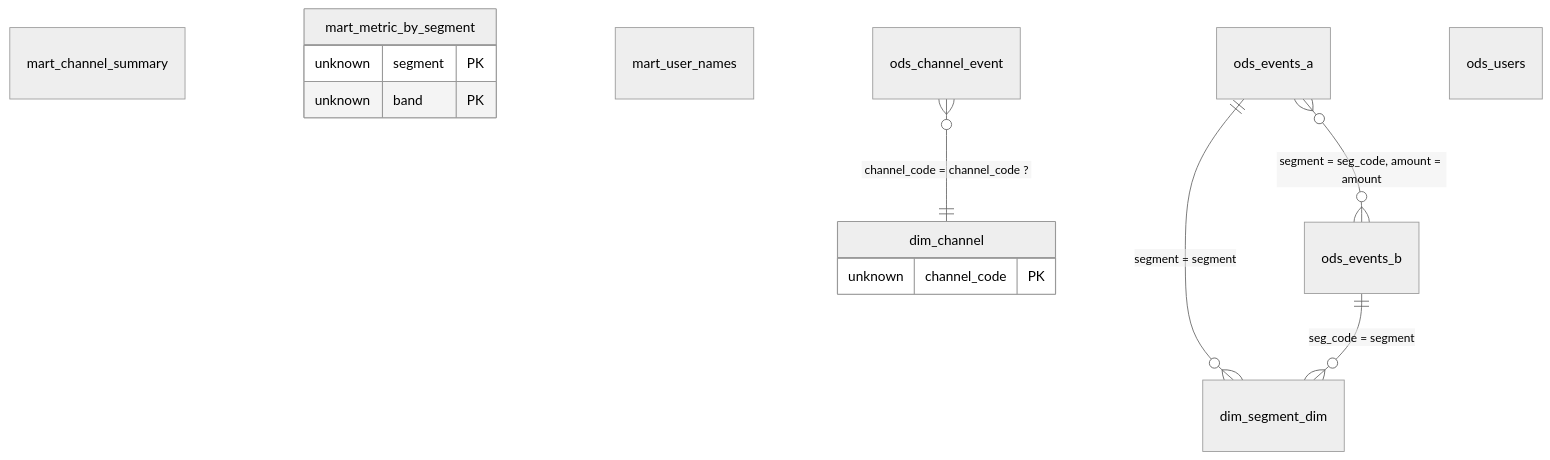
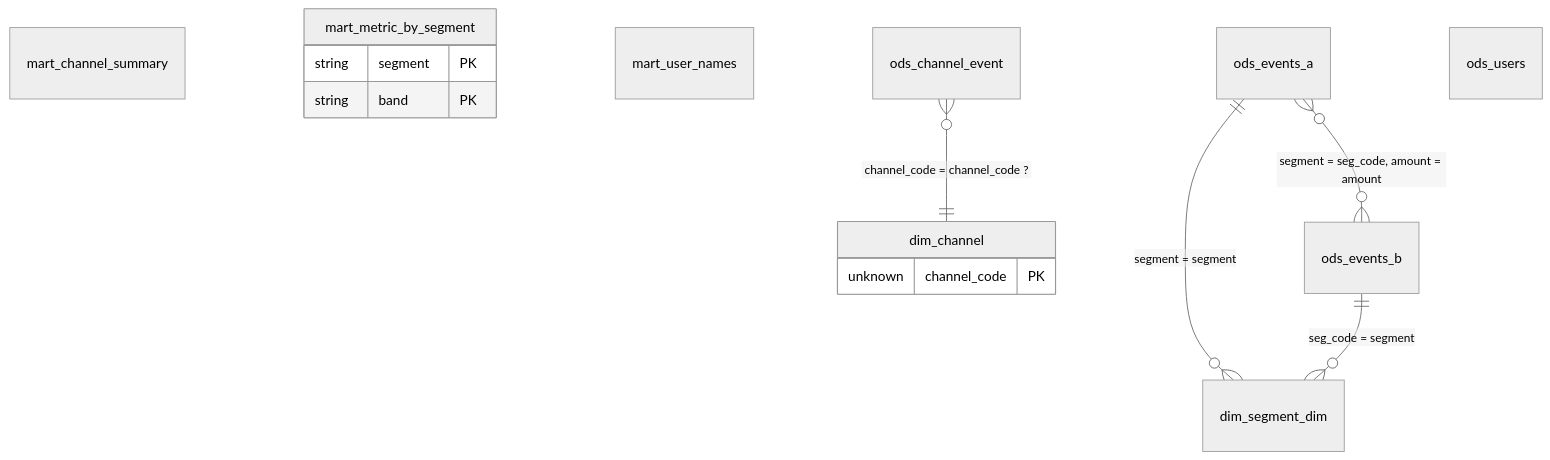
The diagram in tests/core/fixtures/ontology/ontology.md (realyin/scope-lineage), drawn with Mermaid (neutral theme) before and after one commit. The commit also changed other lines of this file and 81 other files, not shown here.

````diff
--- a/tests/core/fixtures/ontology/ontology.md
+++ b/tests/core/fixtures/ontology/ontology.md
@@ -16,21 +16,21 @@
 ```mermaid
 erDiagram
     dim_channel {
         unknown channel_code PK
     }
     dim_segment_dim
     mart_channel_summary
     mart_metric_by_segment {
-        unknown segment PK
-        unknown band PK
+        string segment PK
+        string band PK
     }
     mart_user_names
     ods_channel_event
     ods_events_a
     ods_events_b
     ods_users
     ods_channel_event }o--|| dim_channel : "channel_code = channel_code ?"
     ods_events_a ||--o{ dim_segment_dim : "segment = segment"
     ods_events_a }o--o{ ods_events_b : "segment = seg_code, amount = amount"
     ods_events_b ||--o{ dim_segment_dim : "seg_code = segment"
 ```
````
